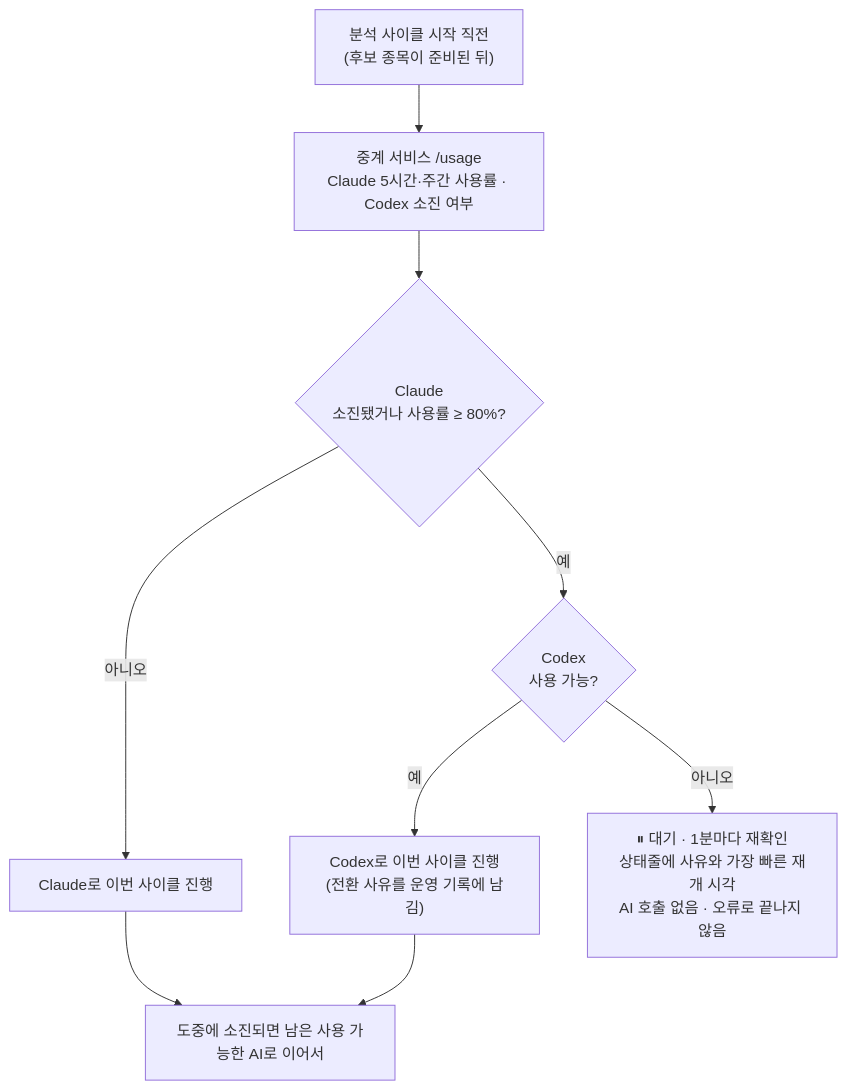
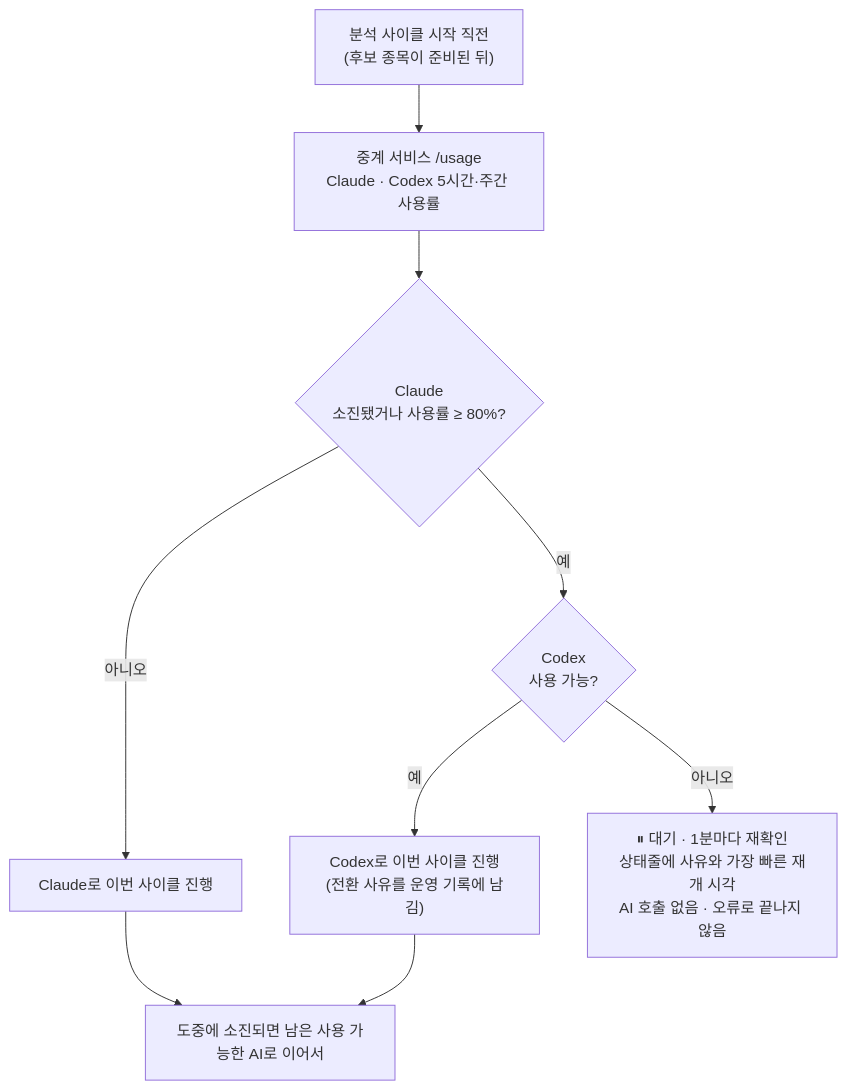
Before and after one commit to eshir0/stock-lab: the third of 10 diagrams in README.md, drawn with Mermaid. The commit also changed other lines of this file and 5 other files, not shown here.

````diff
--- a/README.md
+++ b/README.md
@@ -242,11 +255,11 @@
 ```mermaid
 flowchart TD
-    S["분석 사이클 시작 직전<br/>(후보 종목이 준비된 뒤)"] --> U["중계 서비스 /usage<br/>Claude 5시간·주간 사용률 · Codex 소진 여부"]
+    S["분석 사이클 시작 직전<br/>(후보 종목이 준비된 뒤)"] --> U["중계 서비스 /usage<br/>Claude · Codex 5시간·주간 사용률"]
     U --> A{"Claude<br/>소진됐거나 사용률 ≥ 80%?"}
     A -->|"아니오"| C["Claude로 이번 사이클 진행"]
     A -->|"예"| B{"Codex<br/>사용 가능?"}
     B -->|"예"| X["Codex로 이번 사이클 진행<br/>(전환 사유를 운영 기록에 남김)"]
     B -->|"아니오"| W["⏸ 대기 · 1분마다 재확인<br/>상태줄에 사유와 가장 빠른 재개 시각<br/>AI 호출 없음 · 오류로 끝나지 않음"]
     C --> F["도중에 소진되면 남은 사용 가능한 AI로 이어서"]
     X --> F
 ```
````
